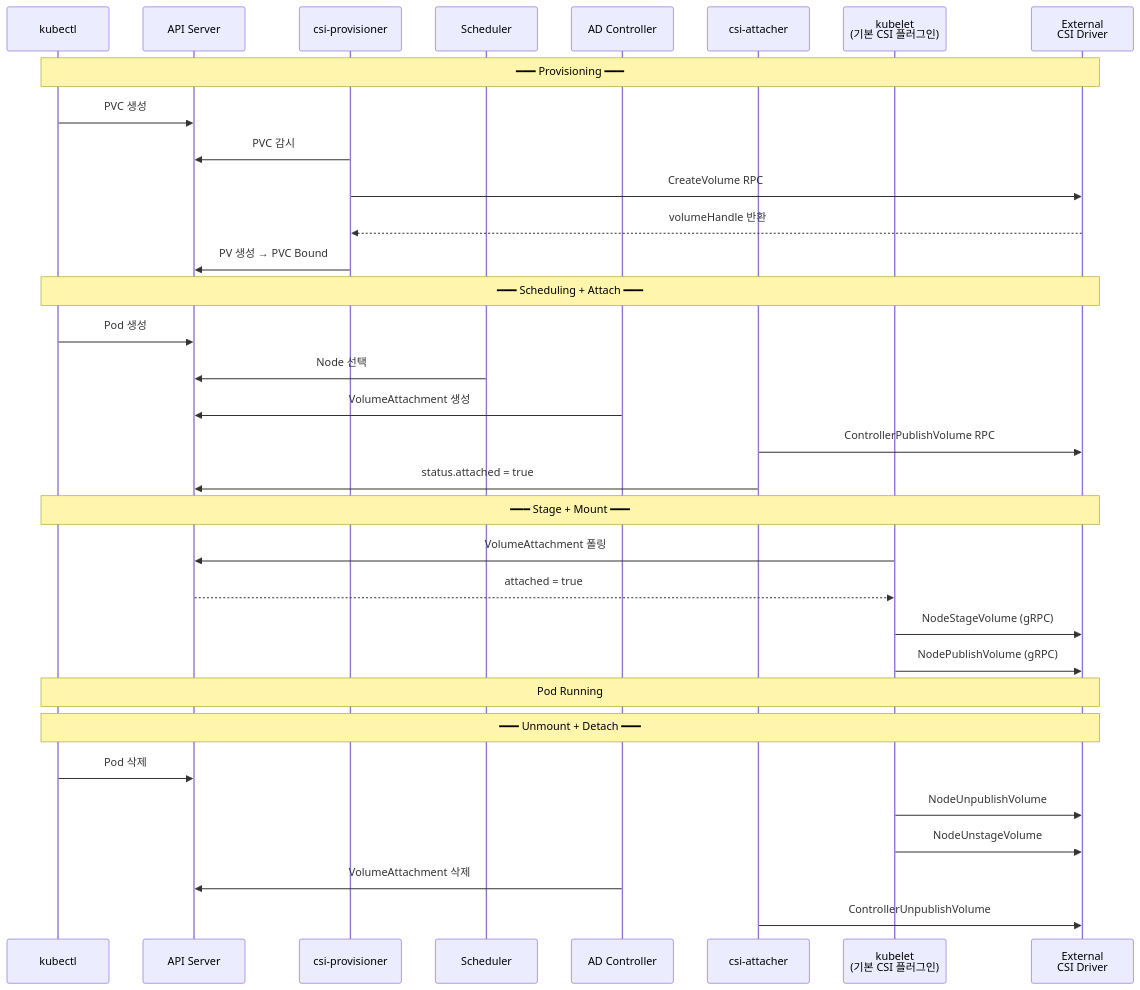
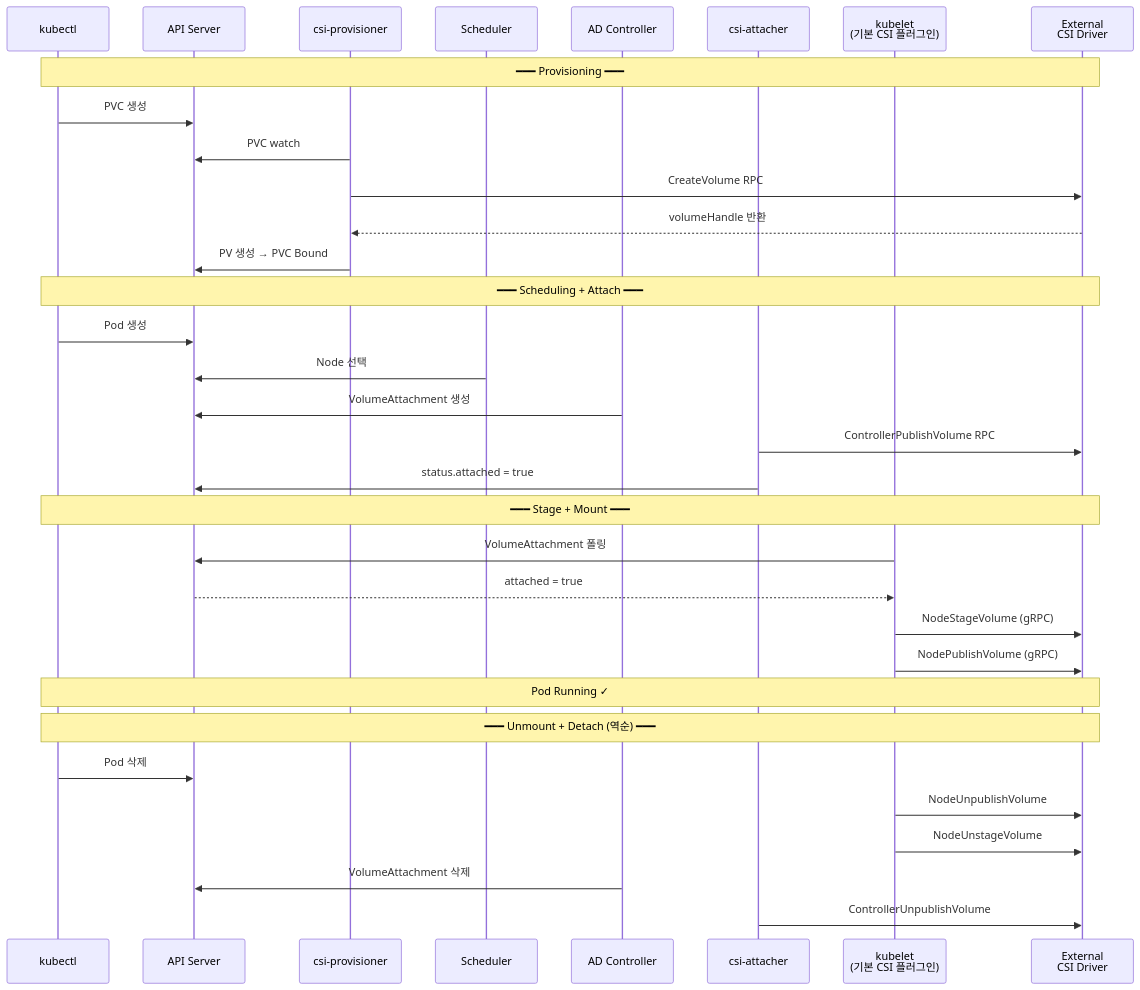
The third of 5 diagrams in _posts/2026-04-04-csi-driver-01.md (bianbbc87/bianbbc87.github.io), drawn with Mermaid before and after one commit. The commit also changed other lines of this file, not shown here.

````diff
--- a/_posts/2026-04-04-csi-driver-01.md
+++ b/_posts/2026-04-04-csi-driver-01.md
@@ -418,44 +325,44 @@
 ```mermaid
 sequenceDiagram
     participant User as kubectl
     participant API as API Server
     participant Prov as csi-provisioner
     participant Sched as Scheduler
     participant ADC as AD Controller
     participant Att as csi-attacher
     participant KL as kubelet<br/>(기본 CSI 플러그인)
     participant DR as External<br/>CSI Driver
 
     Note over User, DR: ━━━ Provisioning ━━━
 
     User->>API: PVC 생성
-    Prov->>API: PVC 감시
+    Prov->>API: PVC watch
     Prov->>DR: CreateVolume RPC
     DR-->>Prov: volumeHandle 반환
     Prov->>API: PV 생성 → PVC Bound
 
     Note over User, DR: ━━━ Scheduling + Attach ━━━
 
     User->>API: Pod 생성
     Sched->>API: Node 선택
     ADC->>API: VolumeAttachment 생성
     Att->>DR: ControllerPublishVolume RPC
     Att->>API: status.attached = true
 
     Note over User, DR: ━━━ Stage + Mount ━━━
 
     KL->>API: VolumeAttachment 폴링
     API-->>KL: attached = true
     KL->>DR: NodeStageVolume (gRPC)
     KL->>DR: NodePublishVolume (gRPC)
 
-    Note over User, DR: Pod Running
+    Note over User, DR: Pod Running ✓
 
-    Note over User, DR: ━━━ Unmount + Detach ━━━
+    Note over User, DR: ━━━ Unmount + Detach (역순) ━━━
 
     User->>API: Pod 삭제
     KL->>DR: NodeUnpublishVolume
     KL->>DR: NodeUnstageVolume
     ADC->>API: VolumeAttachment 삭제
     Att->>DR: ControllerUnpublishVolume
 ```
````
